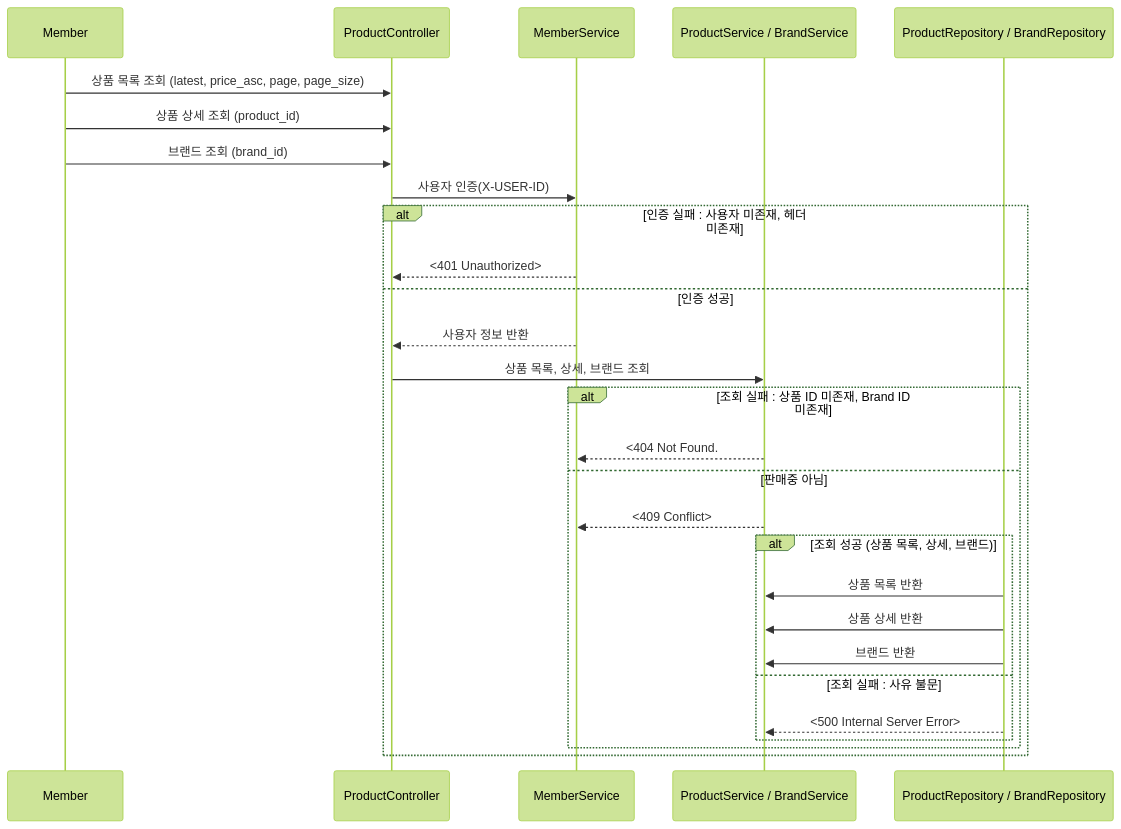
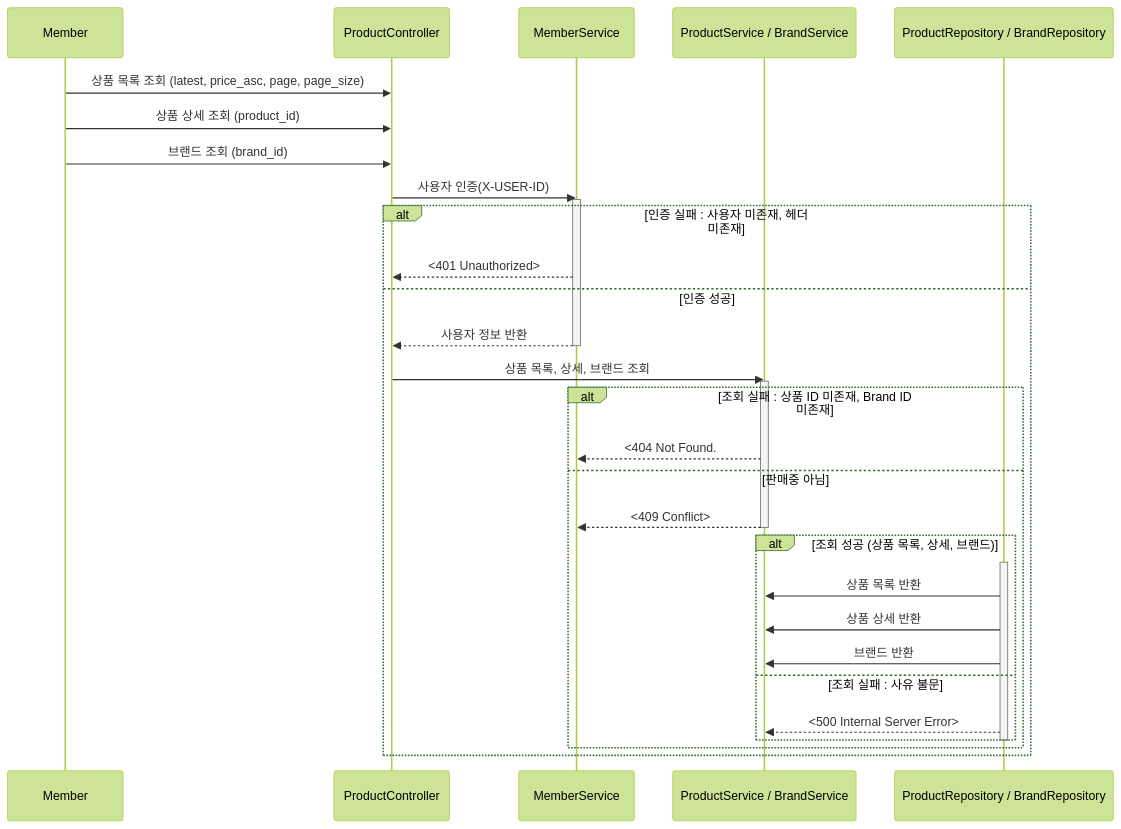
The first of 4 diagrams in docs/design/02-sequence-diagrams.md (impwy/loopers-ecommerce), drawn with Mermaid (forest theme) before and after one commit. The commit also changed other lines of this file and 80 other files, not shown here.

````diff
--- a/docs/design/02-sequence-diagrams.md
+++ b/docs/design/02-sequence-diagrams.md
@@ -2,30 +2,39 @@
 ```mermaid
 sequenceDiagram
     participant M as Member
     participant PC as ProductController
     participant MS as MemberService
     participant PBS as ProductService / BrandService
     participant PBR as ProductRepository / BrandRepository
+    
     M ->> PC: 상품 목록 조회 (latest, price_asc, page, page_size)
     M ->> PC: 상품 상세 조회 (product_id)
     M ->> PC: 브랜드 조회 (brand_id)
+    
     PC ->> MS: 사용자 인증(X-USER-ID)
+    activate MS
     alt 인증 실패 : 사용자 미존재, 헤더 미존재
         MS -->> PC: <401 Unauthorized>
     else 인증 성공
         MS -->> PC: 사용자 정보 반환
+        deactivate MS
+        
         PC ->> PBS: 상품 목록, 상세, 브랜드 조회
+        activate PBS
         alt 조회 실패 : 상품 ID 미존재, Brand ID 미존재
             PBS -->> MS: <404 Not Found.
         else 판매중 아님
             PBS -->> MS: <409 Conflict>
+            deactivate PBS
             alt 조회 성공 (상품 목록, 상세, 브랜드)
+            activate PBR
                 PBR ->> PBS: 상품 목록 반환
                 PBR ->> PBS: 상품 상세 반환
                 PBR ->> PBS: 브랜드 반환
             else 조회 실패 : 사유 불문
                 PBR -->> PBS: <500 Internal Server Error>
             end
+            deactivate PBR
         end
     end
 ```
````
